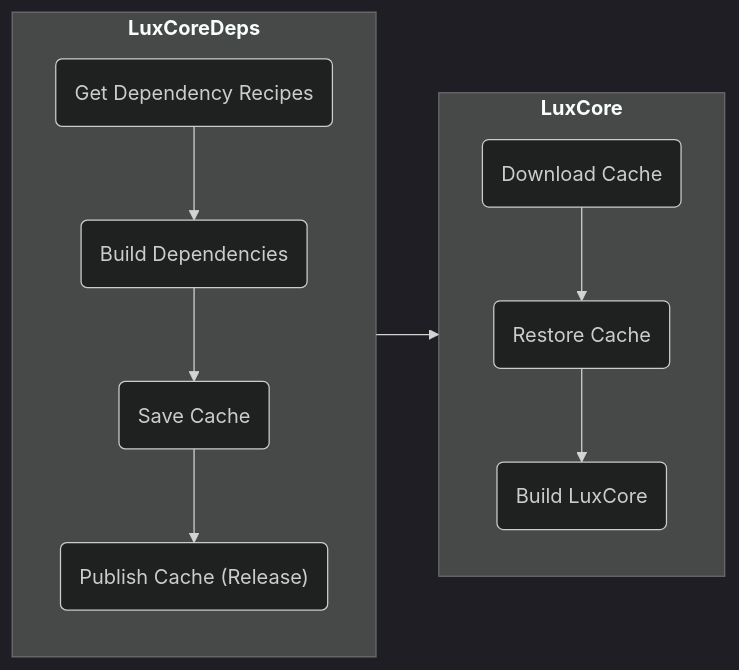
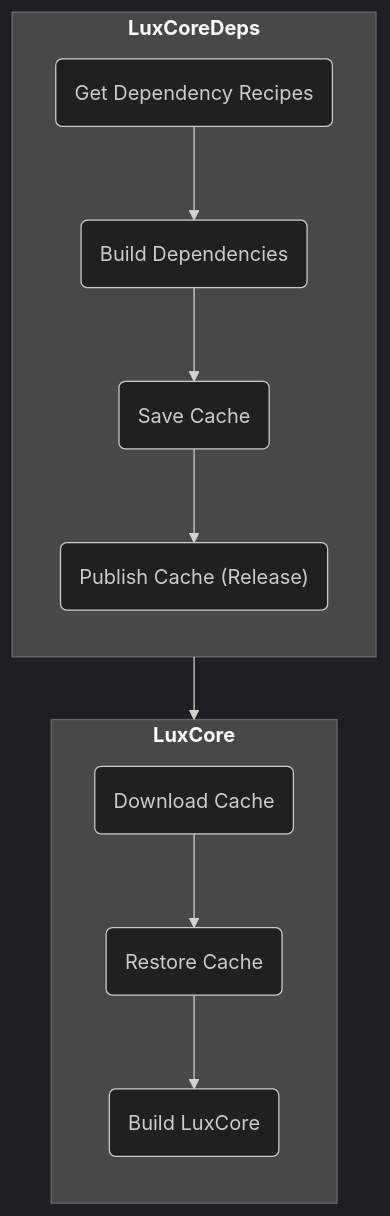
One commit to LuxCoreRender/LuxCoreDeps changed the diagram in README.md. Above: the diagram before and after it, drawn with Mermaid (dark theme). The commit also changed other lines of this file, not shown here.

````diff
--- a/README.md
+++ b/README.md
@@ -23,16 +23,16 @@
 ```mermaid
-flowchart LR
+flowchart TB
   Publish --> Download
 
   subgraph "`**LuxCoreDeps**`"
   direction TB
   GetDeps(Get Dependency Recipes) --> BuildDeps(Build Dependencies)
   --> Save(Save Cache) --> Publish("Publish Cache (Release)");
   end
 
   subgraph "`**LuxCore**`"
   direction TB
   Download(Download Cache) --> Restore(Restore Cache)
   --> BuildLux(Build LuxCore);
   end
 ```
````
